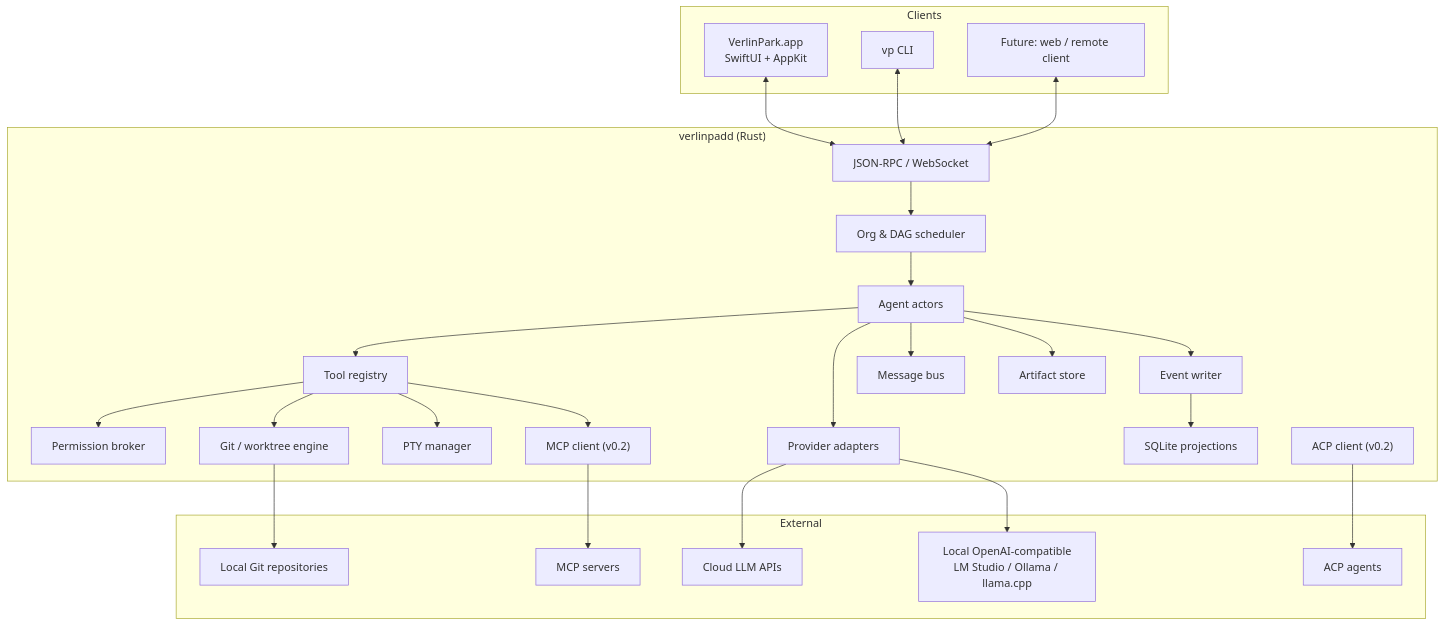
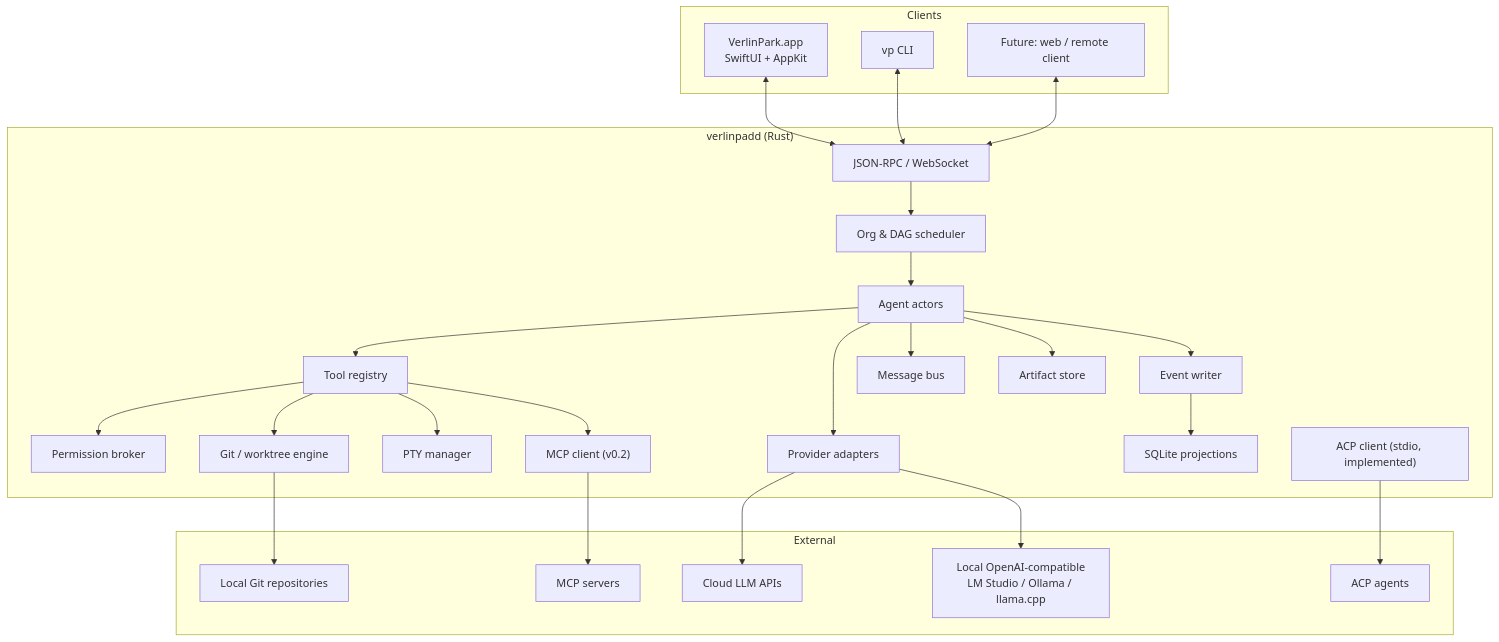
One commit to Verlintas/VerlinPark changed the first of 3 diagrams in docs/ARCHITECTURE.md. Above: the diagram before and after it, drawn with Mermaid. The commit also changed 26 other files, not shown here.

````diff
--- a/docs/ARCHITECTURE.md
+++ b/docs/ARCHITECTURE.md
@@ -28,54 +28,54 @@
 ```mermaid
 flowchart TB
   subgraph Clients
     APP["VerlinPark.app<br/>SwiftUI + AppKit"]
     CLI["vp CLI"]
     FUTURE["Future: web / remote client"]
   end
 
   subgraph Daemon["verlinpadd (Rust)"]
     RPC["JSON-RPC / WebSocket"]
     SCHED["Org & DAG scheduler"]
     AGENTS["Agent actors"]
     TOOLS["Tool registry"]
     PERM["Permission broker"]
     PROV["Provider adapters"]
     MSG["Message bus"]
     ART["Artifact store"]
     EVENTS["Event writer"]
     SQL["SQLite projections"]
     GIT["Git / worktree engine"]
     PTY["PTY manager"]
     MCP["MCP client (v0.2)"]
-    ACP["ACP client (v0.2)"]
+    ACP["ACP client (stdio, implemented)"]
   end
 
   subgraph External
     CLOUD["Cloud LLM APIs"]
     LOCAL["Local OpenAI-compatible<br/>LM Studio / Ollama / llama.cpp"]
     MCPS["MCP servers"]
     ACPS["ACP agents"]
     REPO["Local Git repositories"]
   end
 
   APP <--> RPC
   CLI <--> RPC
   FUTURE <--> RPC
   RPC --> SCHED
   SCHED --> AGENTS
   AGENTS --> TOOLS
   AGENTS --> PROV
   AGENTS --> MSG
   TOOLS --> PERM
   TOOLS --> GIT
   TOOLS --> PTY
   TOOLS --> MCP
   PROV --> CLOUD
   PROV --> LOCAL
   AGENTS --> ART
   AGENTS --> EVENTS
   EVENTS --> SQL
   GIT --> REPO
   MCP --> MCPS
   ACP --> ACPS
 ```
````
